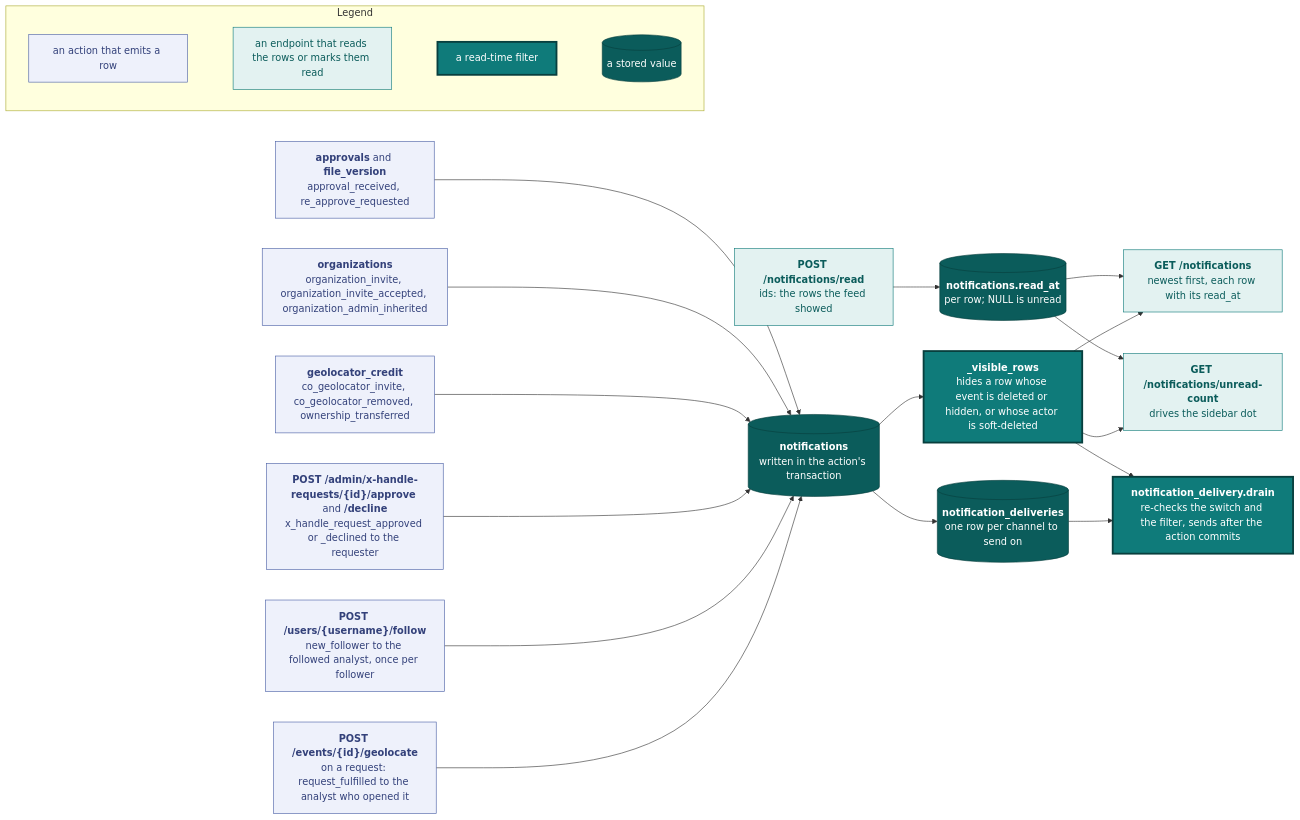
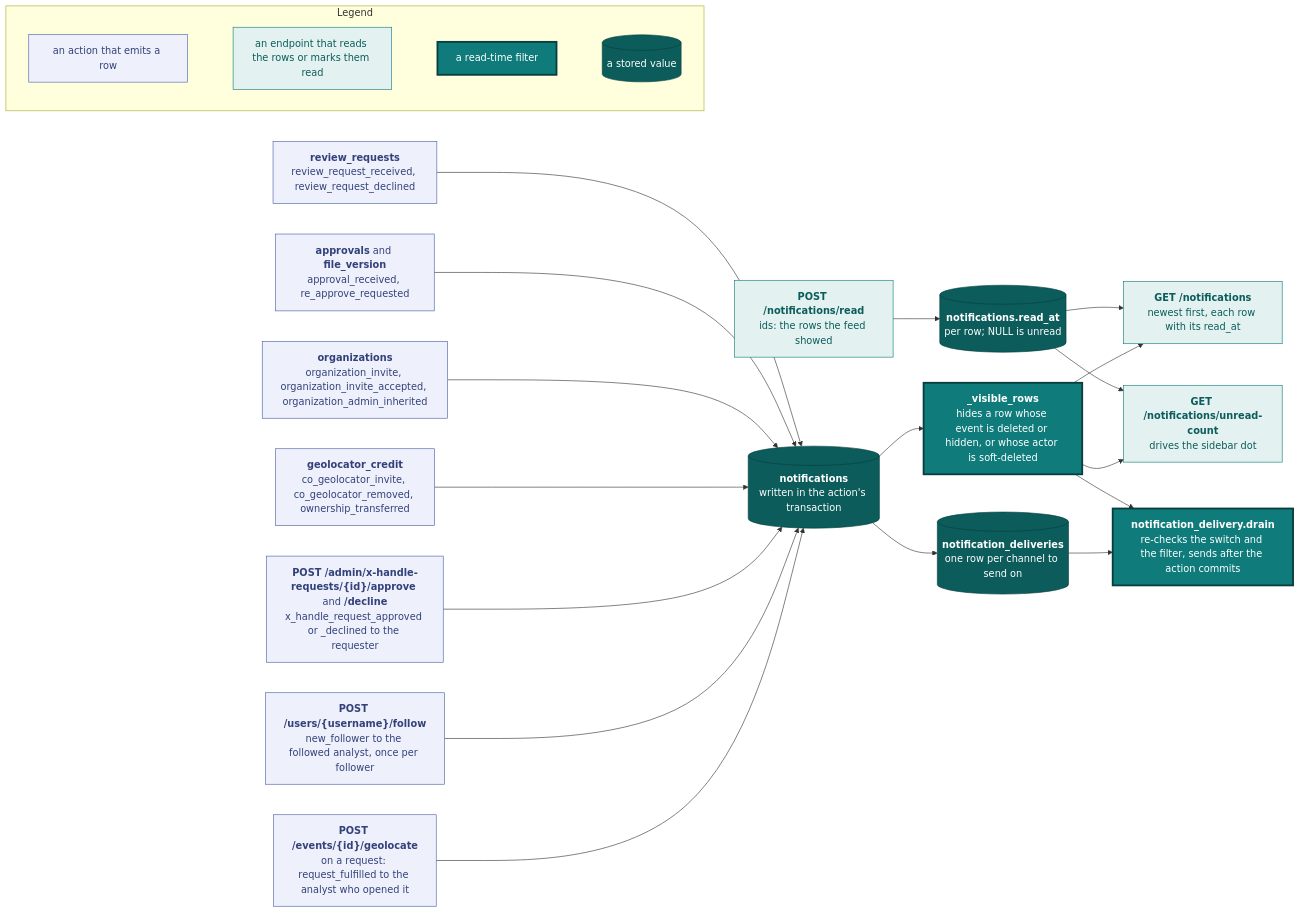
Before and after one commit to vidithq/vidit: the seventh of 8 diagrams in docs/api.md, drawn with Mermaid. The commit also changed other lines of this file and 39 other files, not shown here.

First line of the commit message:
feat: let analysts request a review from an analyst (#573)

````diff
--- a/docs/api.md
+++ b/docs/api.md
@@ -2336,60 +2492,63 @@
 ```mermaid
 flowchart LR
   classDef spec fill:#eef1fb,stroke:#4a5fa5,color:#33417a
   classDef shared fill:#e3f2f1,stroke:#0f7b7a,color:#0b5c5b
   classDef core fill:#0f7b7a,stroke:#083f3e,stroke-width:3px,color:#ffffff
   classDef store fill:#0b5c5b,stroke:#083f3e,color:#ffffff
 
   subgraph legend [Legend]
     direction LR
     l1["`an action that emits a row`"]:::spec
     l2["`an endpoint that reads the rows or marks them read`"]:::shared
     l3["`a read-time filter`"]:::core
     l4[("`a stored value`")]:::store
     l1 ~~~ l2 ~~~ l3 ~~~ l4
   end
 
   geolocate["`**POST /events/{id}/geolocate**
   on a request: request_fulfilled to the analyst who opened it`"]:::spec
   follow["`**POST /users/{username}/follow**
   new_follower to the followed analyst, once per follower`"]:::spec
   xhandle["`**POST /admin/x-handle-requests/{id}/approve** and **/decline**
   x_handle_request_approved or _declined to the requester`"]:::spec
   credit["`**geolocator_credit**
   co_geolocator_invite, co_geolocator_removed, ownership_transferred`"]:::spec
   orgs["`**organizations**
   organization_invite, organization_invite_accepted, organization_admin_inherited`"]:::spec
   approvals["`**approvals** and **file_version**
   approval_received, re_approve_requested`"]:::spec
+  reviews["`**review_requests**
+  review_request_received, review_request_declined`"]:::spec
   rows[("`**notifications**
   written in the action's transaction`")]:::store
   visible["`**_visible_rows**
   hides a row whose event is deleted or hidden, or whose actor is soft-deleted`"]:::core
   feed["`**GET /notifications**
   newest first, each row with its read_at`"]:::shared
   count["`**GET /notifications/unread-count**
   drives the sidebar dot`"]:::shared
   read["`**POST /notifications/read**
   ids: the rows the feed showed`"]:::shared
   readat[("`**notifications.read_at**
   per row; NULL is unread`")]:::store
   queue[("`**notification_deliveries**
   one row per channel to send on`")]:::store
   worker["`**notification_delivery.drain**
   re-checks the switch and the filter, sends after the action commits`"]:::core
 
   geolocate --> rows
   follow --> rows
   xhandle --> rows
   credit --> rows
   orgs --> rows
   approvals --> rows
+  reviews --> rows
   rows --> visible
   visible --> feed
   visible --> count
   read --> readat
   readat --> count
   readat --> feed
   rows --> queue --> worker
   visible --> worker
 ```
````
